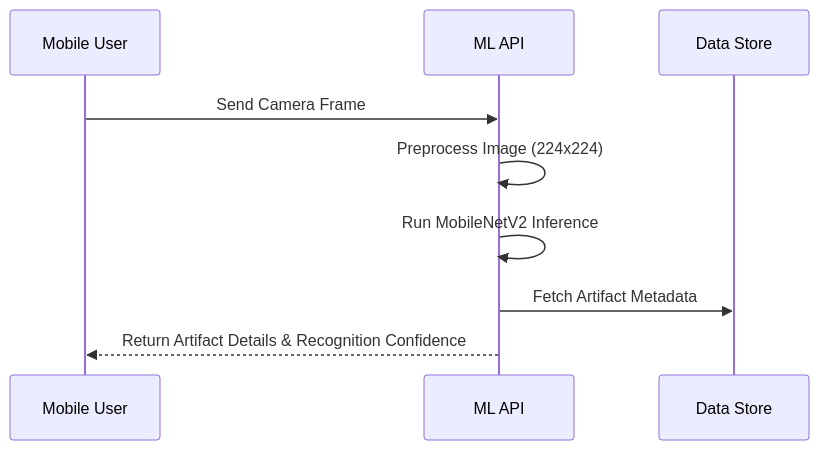
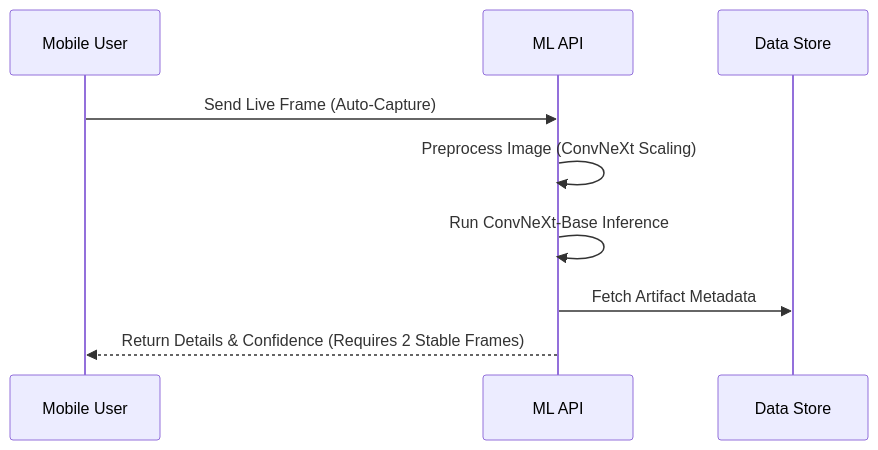
Before and after one commit to gowsrini2004/ar-museum-guide: the second of 3 diagrams in PROJECT_DOCUMENTATION.md, drawn with Mermaid. The commit also changed other lines of this file and 26 other files, not shown here.

````diff
--- a/PROJECT_DOCUMENTATION.md
+++ b/PROJECT_DOCUMENTATION.md
@@ -60,12 +60,12 @@
 ```mermaid
 sequenceDiagram
     participant U as Mobile User
     participant M as ML API
     participant D as Data Store
     
-    U->>M: Send Camera Frame
-    M->>M: Preprocess Image (224x224)
-    M->>M: Run MobileNetV2 Inference
+    U->>M: Send Live Frame (Auto-Capture)
+    M->>M: Preprocess Image (ConvNeXt Scaling)
+    M->>M: Run ConvNeXt-Base Inference
     M->>D: Fetch Artifact Metadata
-    M-->>U: Return Artifact Details & Recognition Confidence
+    M-->>U: Return Details & Confidence (Requires 2 Stable Frames)
 ```
````
